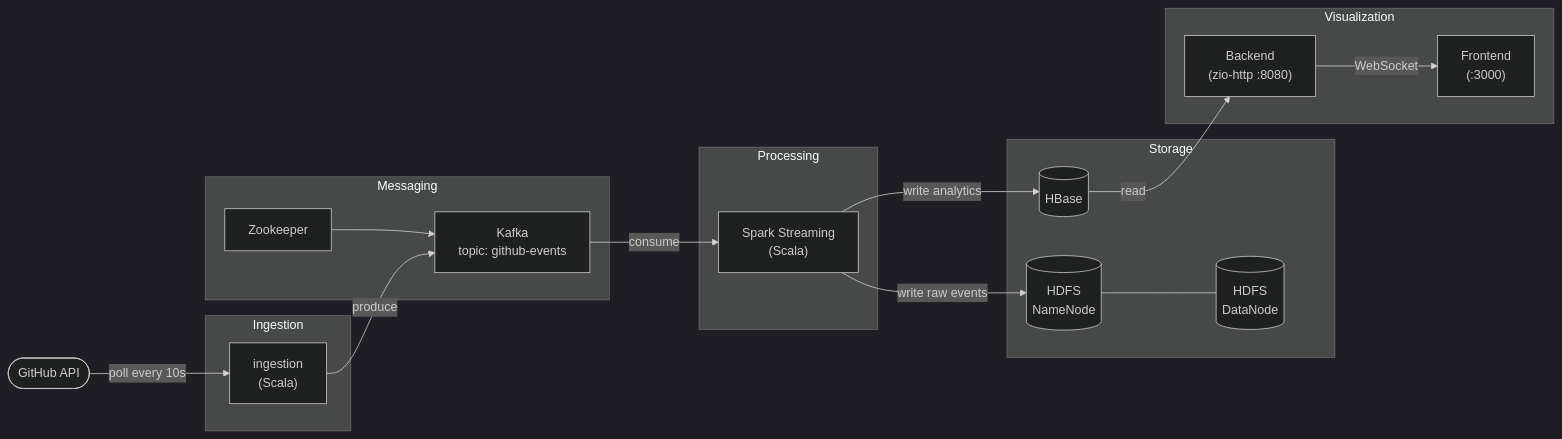
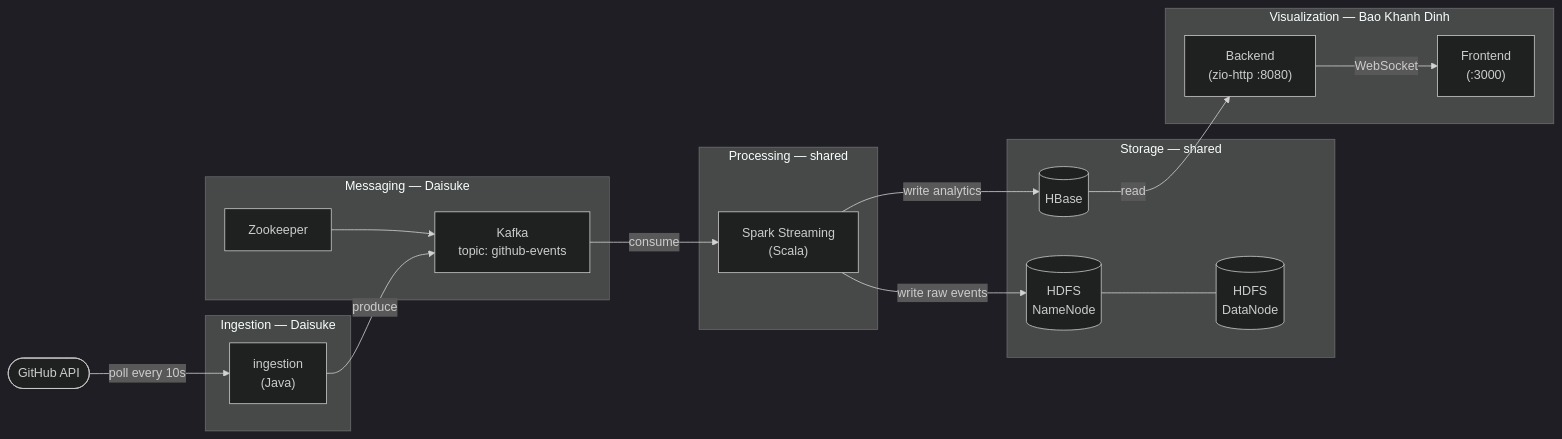
One commit to Daisuke-lab/BDT_final_project changed the diagram in README.md. Above: the diagram before and after it, drawn with Mermaid (dark theme).

Commit message:
update diagram

````diff
--- a/README.md
+++ b/README.md
@@ -18,38 +18,38 @@
 ```mermaid
 flowchart LR
     GH(["GitHub API"])
 
-    subgraph Ingestion
-        ING["ingestion\n(Scala)"]
+    subgraph Ingestion["Ingestion — Daisuke"]
+        ING["ingestion\n(Java)"]
     end
 
-    subgraph Messaging
+    subgraph Messaging["Messaging — Daisuke"]
         ZK["Zookeeper"]
         KF["Kafka\ntopic: github-events"]
         ZK --> KF
     end
 
-    subgraph Processing
+    subgraph Processing["Processing — shared"]
         SS["Spark Streaming\n(Scala)"]
     end
 
-    subgraph Storage
+    subgraph Storage["Storage — shared"]
         HB[("HBase")]
         NN[("HDFS\nNameNode")]
         DN[("HDFS\nDataNode")]
         NN --- DN
     end
 
-    subgraph Visualization
+    subgraph Visualization["Visualization — Bao Khanh Dinh"]
         BE["Backend\n(zio-http :8080)"]
         FE["Frontend\n(:3000)"]
         BE -->|"WebSocket"| FE
     end
 
     GH -->|"poll every 10s"| ING
     ING -->|"produce"| KF
     KF -->|"consume"| SS
     SS -->|"write analytics"| HB
     SS -->|"write raw events"| NN
     HB -->|"read"| BE
 ```
````
